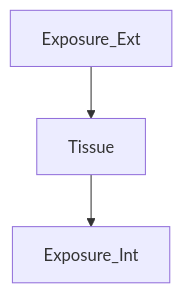
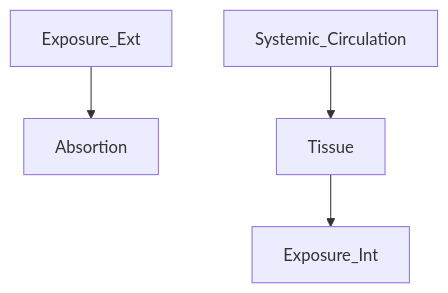
Before and after one commit to ontox-hu/workflows: the diagram in ProbRA.md, drawn with Mermaid.

````diff
--- a/ProbRA.md
+++ b/ProbRA.md
@@ -2,5 +2,6 @@
 ```mermaid
 flowchart TD
-  Exposure_Ext-->Tissue
+  Exposure_Ext-->Absortion
+  Systemic_Circulation-->Tissue
   Tissue-->Exposure_Int
 ```
````
